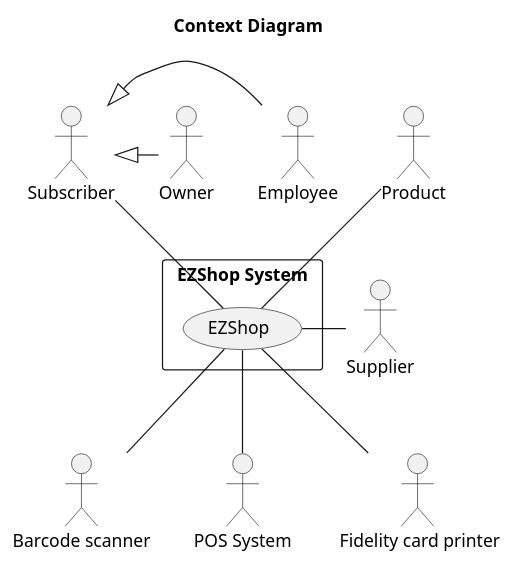
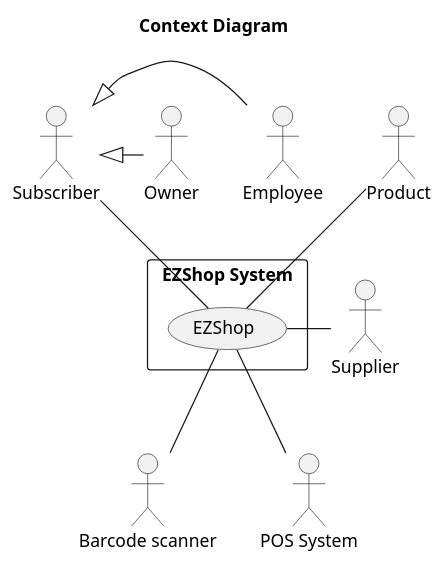
One commit to nicolabattaglino/ezshop changed the first of 7 diagrams in Deliverables/RequirementsDocument.md. Above: the diagram before and after it, drawn with PlantUML. The commit also changed other lines of this file, not shown here.

Commit message:
Update RequirementsDocument.md Removed the card printer in the context diagram

````diff
--- a/Deliverables/RequirementsDocument.md
+++ b/Deliverables/RequirementsDocument.md
@@ -59,31 +59,31 @@
 ```plantuml
 @startuml
 
 
 title Context Diagram
 
 
 actor Owner
 actor :Barcode scanner: as bcScanner
 actor Product
 actor Subscriber
 actor Employee
 actor :POS System: as POSSystem
 actor :Supplier: as supplier
-actor : Fidelity card printer: as fcPrinter
+
 rectangle "EZShop System" as EZShopSystem{
 (EZShop)
 }
 Subscriber <|- Employee
 Subscriber <|- Owner
 Product -- EZShop
 EZShop -- POSSystem
 EZShop - supplier
-EZShop-- fcPrinter
+
 Subscriber -- EZShop
 EZShop -- bcScanner
 
 
 
 @enduml
 ```
````
